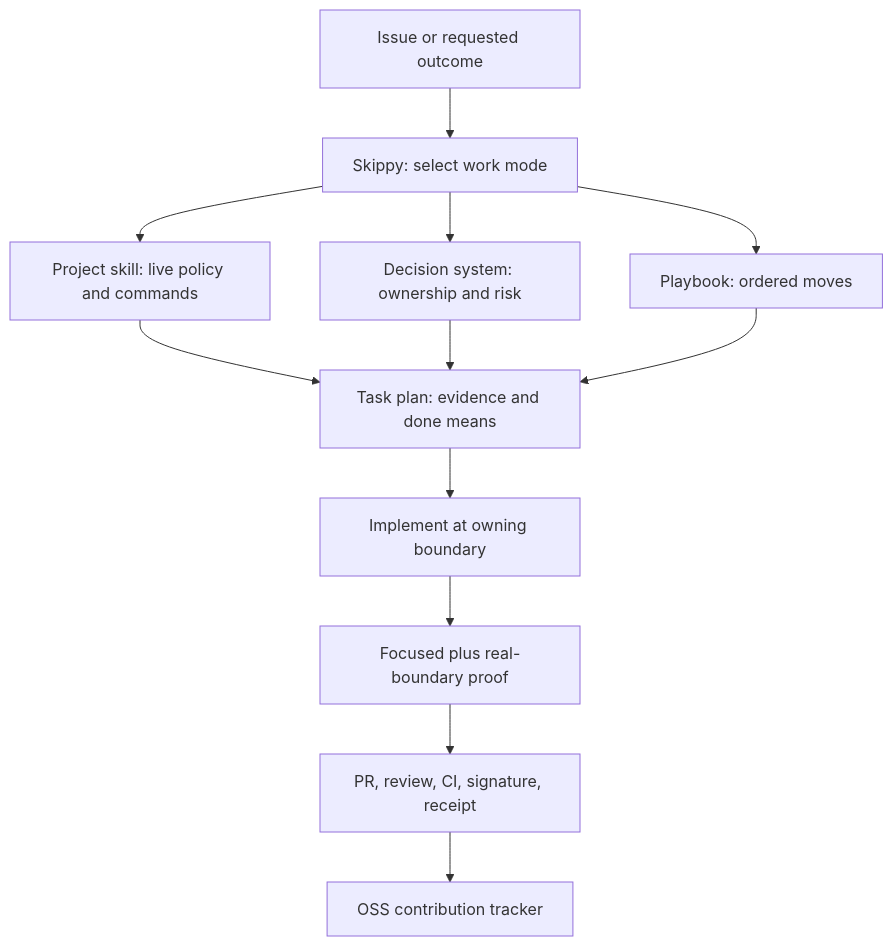
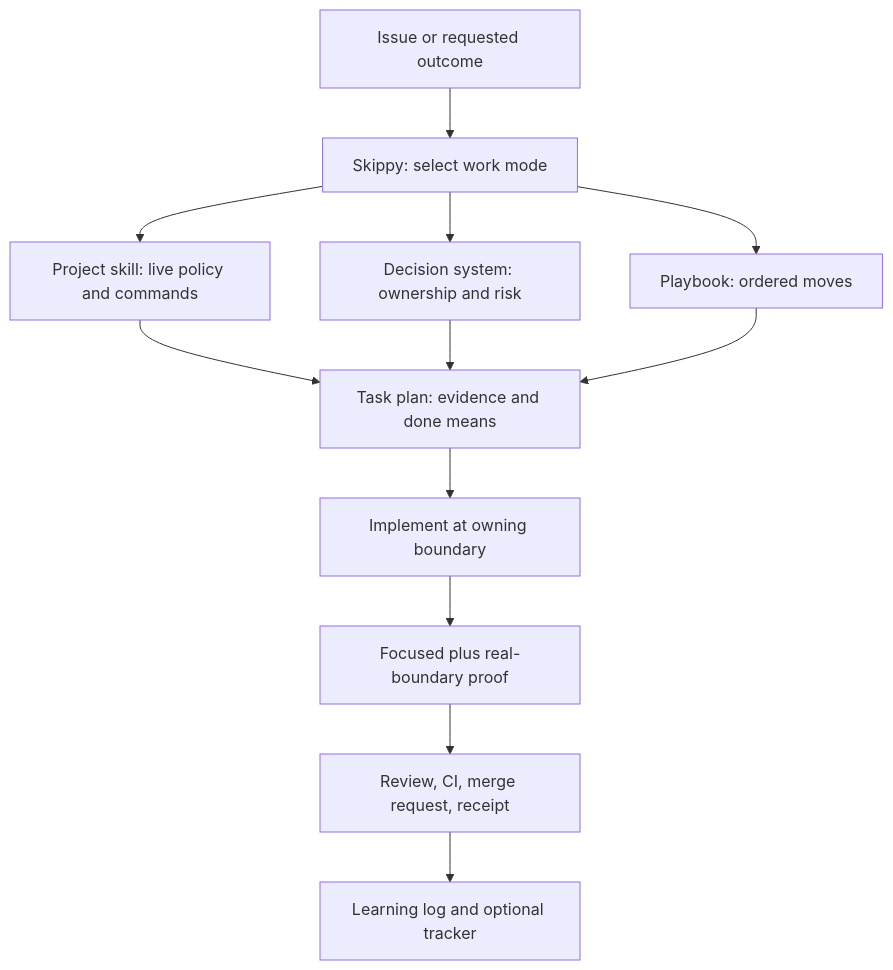
One commit to deepujain/skippy changed the third of 4 diagrams in README.md. Above: the diagram before and after it, drawn with Mermaid. The commit also changed other lines of this file, not shown here.

First line of the commit message:
docs: reframe README as general engineering, not OSS-only

````diff
--- a/README.md
+++ b/README.md
@@ -180,14 +214,14 @@
 ```mermaid
 flowchart TD
   A["Issue or requested outcome"] --> B["Skippy: select work mode"]
   B --> C["Project skill: live policy and commands"]
   B --> D["Decision system: ownership and risk"]
   B --> E["Playbook: ordered moves"]
   C --> F["Task plan: evidence and done means"]
   D --> F
   E --> F
   F --> G["Implement at owning boundary"]
   G --> H["Focused plus real-boundary proof"]
-  H --> I["PR, review, CI, signature, receipt"]
-  I --> J["OSS contribution tracker"]
+  H --> I["Review, CI, merge request, receipt"]
+  I --> J["Learning log and optional tracker"]
 ```
````
